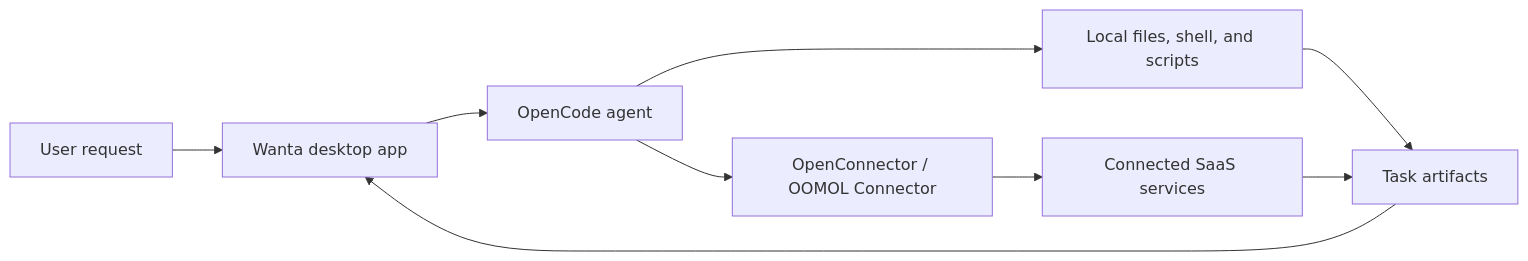
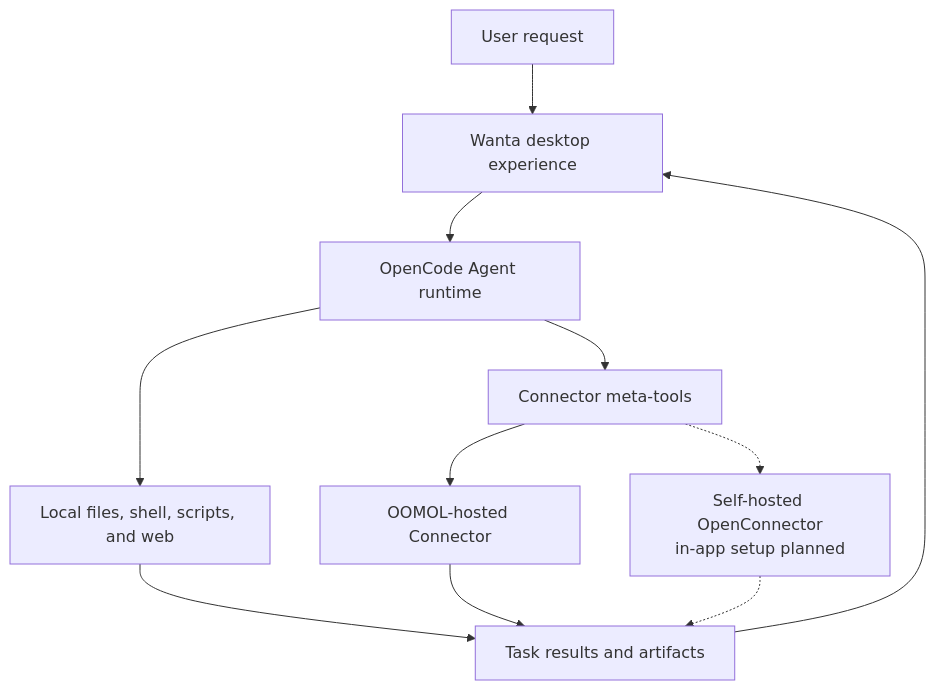
Before and after one commit to oomol-lab/wanta: the diagram in README.md, drawn with Mermaid. The commit also changed other lines of this file and 4 other files, not shown here.

````diff
--- a/README.md
+++ b/README.md
@@ -51,11 +172,13 @@
 ```mermaid
-flowchart LR
-  User["User request"] --> Wanta["Wanta desktop app"]
-  Wanta --> Agent["OpenCode agent"]
-  Agent --> Connector["OpenConnector / OOMOL Connector"]
-  Agent --> Local["Local files, shell, and scripts"]
-  Connector --> Apps["Connected SaaS services"]
-  Local --> Result["Task artifacts"]
-  Apps --> Result
-  Result --> Wanta
+flowchart TB
+  User["User request"] --> UI["Wanta desktop experience"]
+  UI --> Agent["OpenCode Agent runtime"]
+  Agent --> Local["Local files, shell, scripts, and web"]
+  Agent --> Link["Connector meta-tools"]
+  Link --> Hosted["OOMOL-hosted Connector"]
+  Link -.-> SelfHosted["Self-hosted OpenConnector<br/>in-app setup planned"]
+  Local --> Result["Task results and artifacts"]
+  Hosted --> Result
+  SelfHosted -.-> Result
+  Result --> UI
 ```
````
